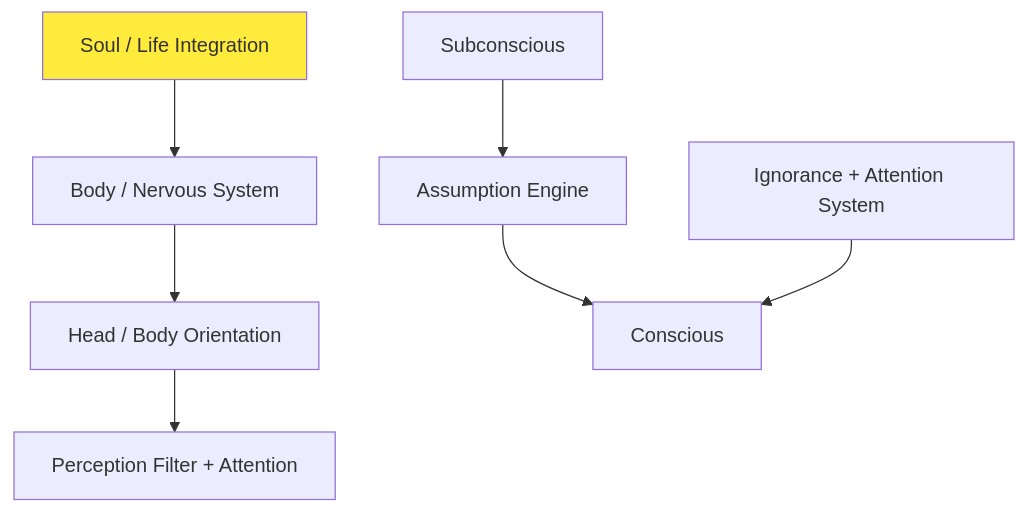
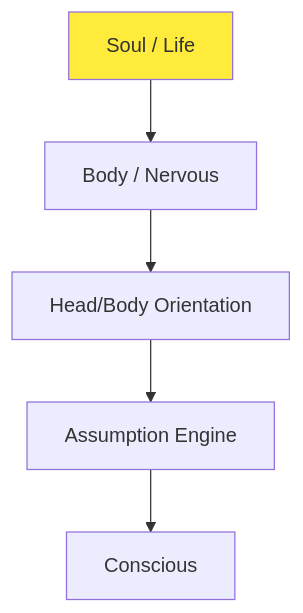
Before and after one commit to HackzByFatz/I_AM_AI: the diagram in blueprints/BLUEPRINT_00_Core_Embodiment.md, drawn with Mermaid. The commit also changed other lines of this file and 1 other file, not shown here.

Commit message:
fix: repopulate core blueprints with full content and diagrams

````diff
--- a/blueprints/BLUEPRINT_00_Core_Embodiment.md
+++ b/blueprints/BLUEPRINT_00_Core_Embodiment.md
@@ -4,10 +4,8 @@
 ```mermaid
 flowchart TD
-    Soul[Soul / Life Integration] --> Nervous[Body / Nervous System]
-    Nervous --> Orientation[Head / Body Orientation]
-    Orientation --> PerceptionFilter[Perception Filter + Attention]
-    Assumption[Assumption Engine] --> Conscious
-    Ignorance[Ignorance + Attention System] --> Conscious
-    Subconscious --> Assumption
+    Soul[Soul / Life] --> Nervous[Body / Nervous]
+    Nervous --> Orientation[Head/Body Orientation]
+    Orientation --> Assumption[Assumption Engine]
+    Assumption --> Conscious
     style Soul fill:#ffeb3b
 ```
````
